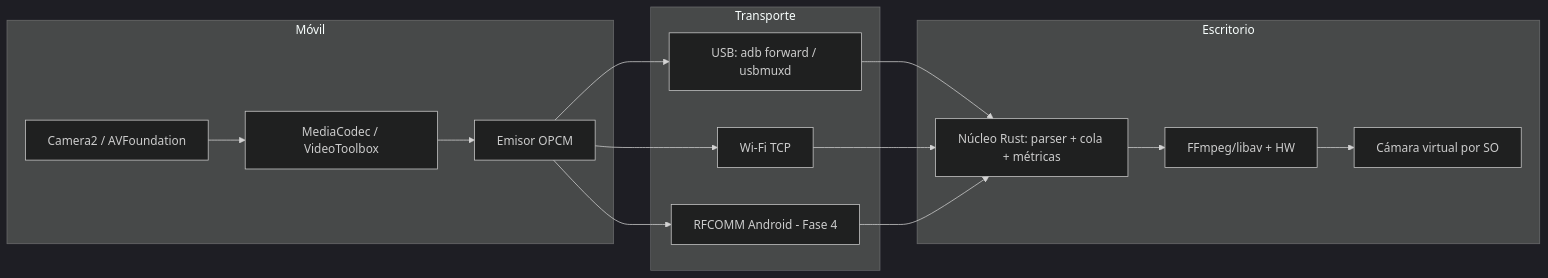
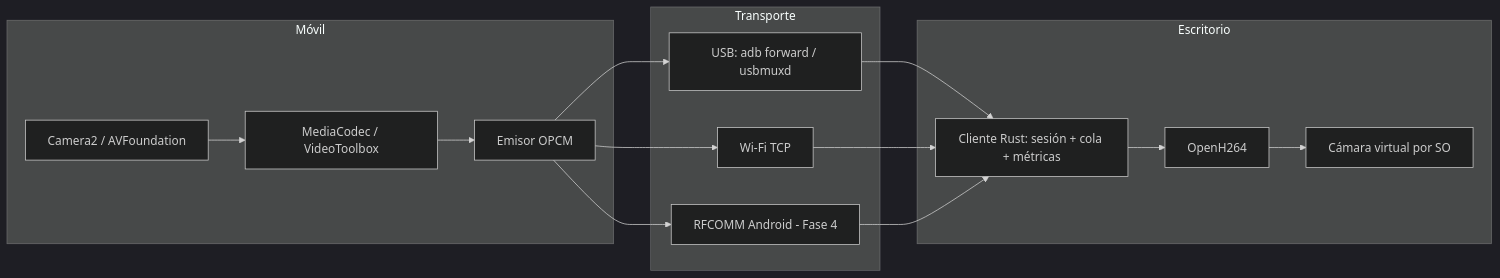
Before and after one commit to Pausiar/openCam: the diagram in docs/ARCHITECTURE.md, drawn with Mermaid (dark theme). The commit also changed other lines of this file and 3 other files, not shown here.

````diff
--- a/docs/ARCHITECTURE.md
+++ b/docs/ARCHITECTURE.md
@@ -7,19 +7,19 @@
 ```mermaid
 flowchart LR
   subgraph Móvil
     CAM[Camera2 / AVFoundation] --> ENC[MediaCodec / VideoToolbox]
     ENC --> TX[Emisor OPCM]
   end
   subgraph Transporte
     USB[USB: adb forward / usbmuxd]
     WIFI[Wi-Fi TCP]
     BT[RFCOMM Android - Fase 4]
   end
   subgraph Escritorio
-    RX[Núcleo Rust: parser + cola + métricas] --> DEC[FFmpeg/libav + HW]
+    RX[Cliente Rust: sesión + cola + métricas] --> DEC[OpenH264]
     DEC --> VCAM[Cámara virtual por SO]
   end
   TX --> USB --> RX
   TX --> WIFI --> RX
   TX --> BT --> RX
 ```
````
